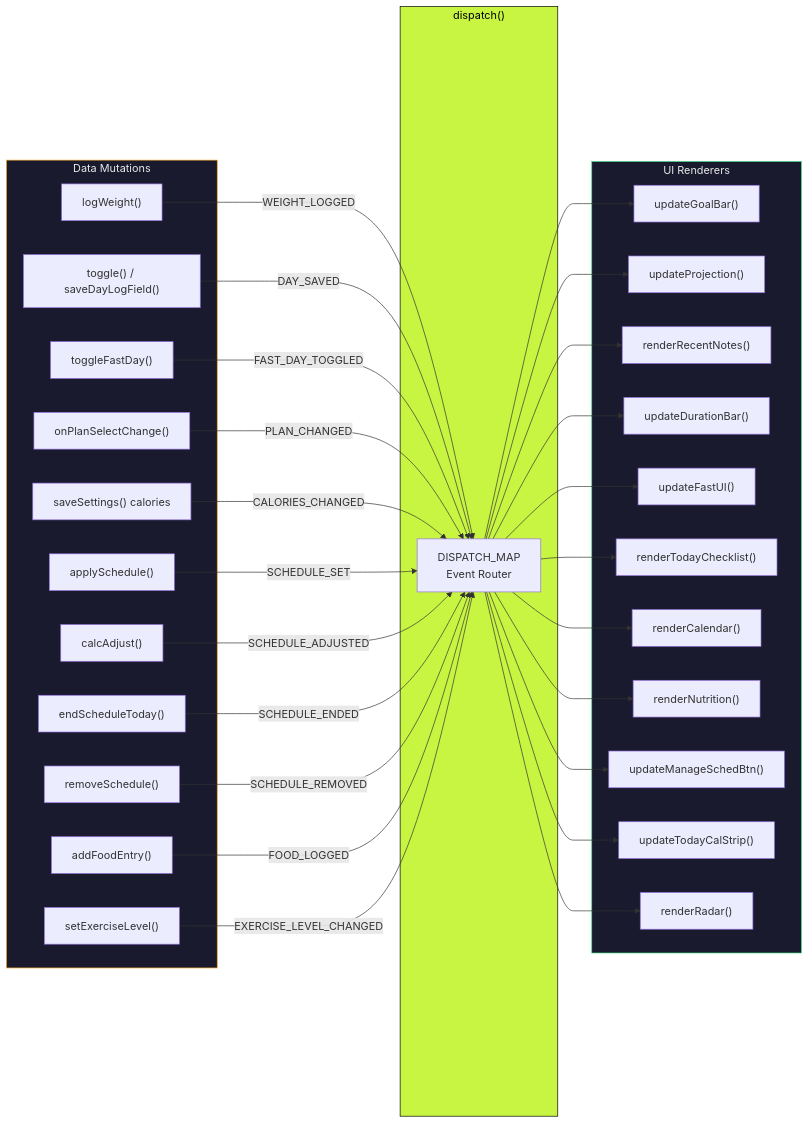
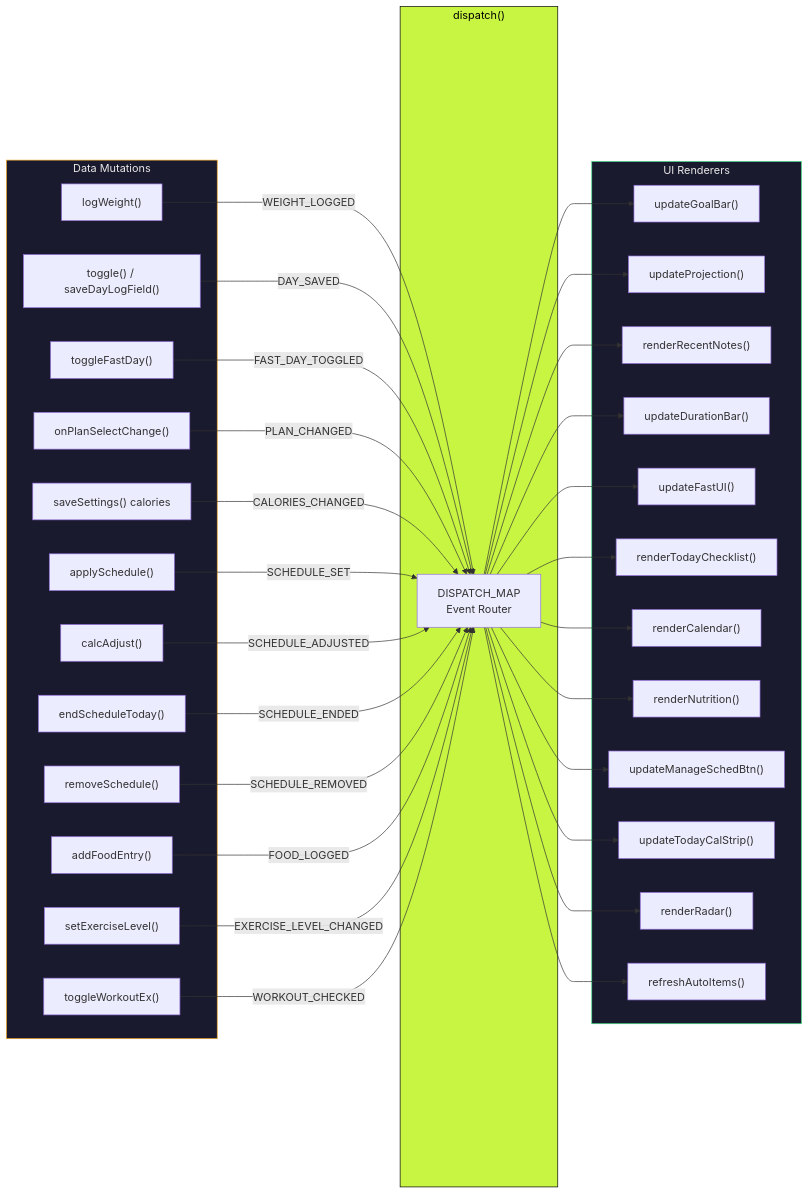
The third of 19 diagrams in ARCHITECTURE.md (HIRAKHANJI/protocol-health), drawn with Mermaid before and after one commit. The commit also changed other lines of this file and 4 other files, not shown here.

````diff
--- a/ARCHITECTURE.md
+++ b/ARCHITECTURE.md
@@ -80,52 +80,55 @@
 ```mermaid
 flowchart LR
     subgraph DATA_WRITES["Data Mutations"]
         W1["logWeight()"]
         W2["toggle() / saveDayLogField()"]
         W3["toggleFastDay()"]
         W4["onPlanSelectChange()"]
         W5["saveSettings() calories"]
         W6["applySchedule()"]
         W7["calcAdjust()"]
         W8["endScheduleToday()"]
         W9["removeSchedule()"]
         W10["addFoodEntry()"]
         W11["setExerciseLevel()"]
+        W12["toggleWorkoutEx()"]
     end
 
     subgraph DISPATCH["dispatch()"]
         D["DISPATCH_MAP<br/>Event Router"]
     end
 
     subgraph UI_UPDATES["UI Renderers"]
         U1["updateGoalBar()"]
         U2["updateProjection()"]
         U3["renderRecentNotes()"]
         U4["updateDurationBar()"]
         U5["updateFastUI()"]
         U6["renderTodayChecklist()"]
         U7["renderCalendar()"]
         U8["renderNutrition()"]
         U9["updateManageSchedBtn()"]
         U10["updateTodayCalStrip()"]
         U11["renderRadar()"]
+        U12["refreshAutoItems()"]
     end
 
     W1 -->|"WEIGHT_LOGGED"| D
     W2 -->|"DAY_SAVED"| D
     W3 -->|"FAST_DAY_TOGGLED"| D
     W4 -->|"PLAN_CHANGED"| D
     W5 -->|"CALORIES_CHANGED"| D
     W6 -->|"SCHEDULE_SET"| D
     W7 -->|"SCHEDULE_ADJUSTED"| D
     W8 -->|"SCHEDULE_ENDED"| D
     W9 -->|"SCHEDULE_REMOVED"| D
     W10 -->|"FOOD_LOGGED"| D
     W11 -->|"EXERCISE_LEVEL_CHANGED"| D
+    W12 -->|"WORKOUT_CHECKED"| D
 
-    D --> U1 & U2 & U3 & U4 & U5 & U6 & U7 & U8 & U9 & U10 & U11
+    D --> U1 & U2 & U3 & U4 & U5 & U6 & U7 & U8 & U9 & U10 & U11 & U12
 
     style DISPATCH fill:#c8f542,stroke:#000,color:#000
     style DATA_WRITES fill:#1a1a2e,stroke:#f5a623,color:#e8e8e8
     style UI_UPDATES fill:#1a1a2e,stroke:#3ddc84,color:#e8e8e8
 ```
````
